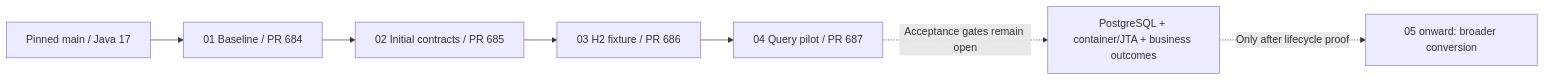
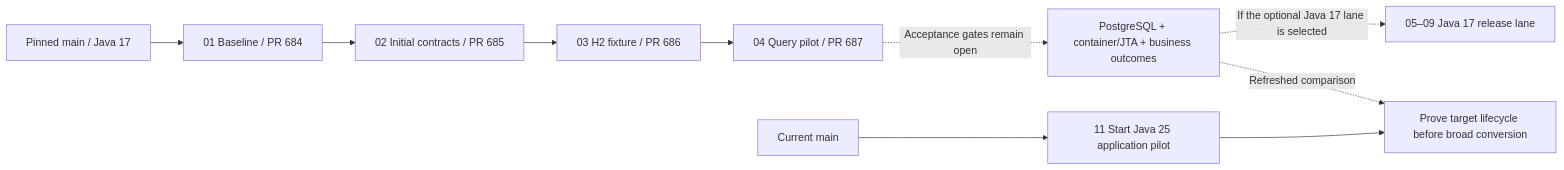
Before and after one commit to hmcts/cpp-context-progression: the diagram in docs/java17-first-migration/implementation-status.md, drawn with Mermaid. The commit also changed other lines of this file and 7 other files, not shown here.

Commit message:
docs(migration): make the Java 17 release checkpoint optional

````diff
--- a/docs/java17-first-migration/implementation-status.md
+++ b/docs/java17-first-migration/implementation-status.md
@@ -8,9 +8,12 @@
 ```mermaid
 flowchart LR
   M["Pinned main / Java 17"] --> B["01 Baseline / PR 684"]
   B --> C["02 Initial contracts / PR 685"]
   C --> H["03 H2 fixture / PR 686"]
   H --> P["04 Query pilot / PR 687"]
   P -. "Acceptance gates remain open" .-> G["PostgreSQL + container/JTA + business outcomes"]
-  G -. "Only after lifecycle proof" .-> R["05 onward: broader conversion"]
+  G -. "If the optional Java 17 lane is selected" .-> R["05–09 Java 17 release lane"]
+  M2["Current main"] --> J25["11 Start Java 25 application pilot"]
+  J25 --> GT["Prove target lifecycle before broad conversion"]
+  G -. "Refreshed comparison" .-> GT
 ```
````
